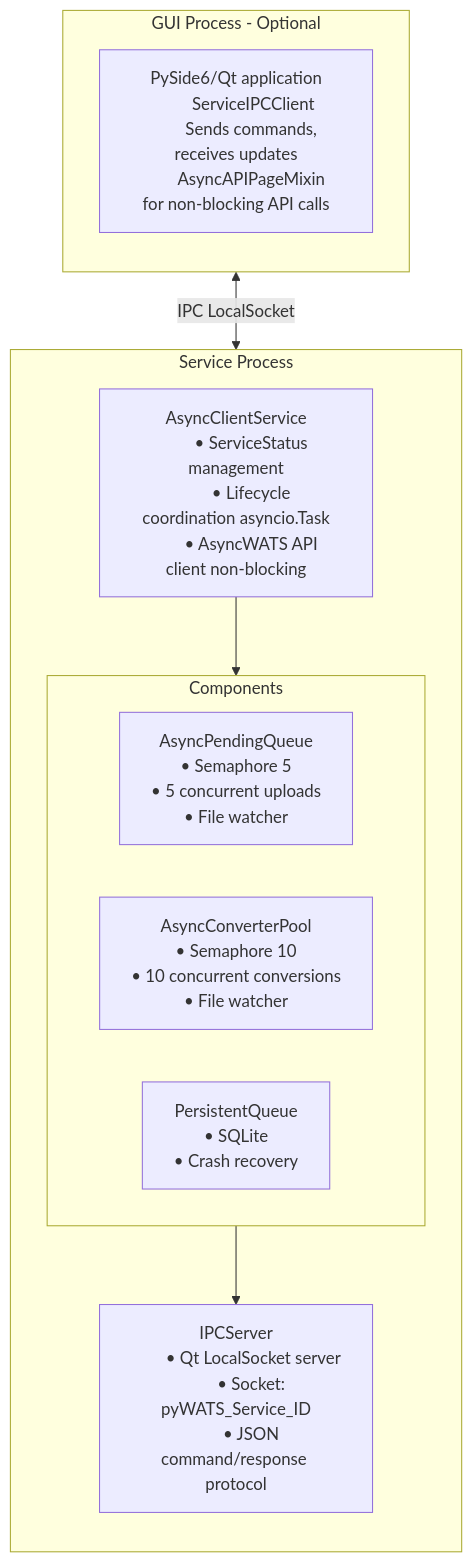
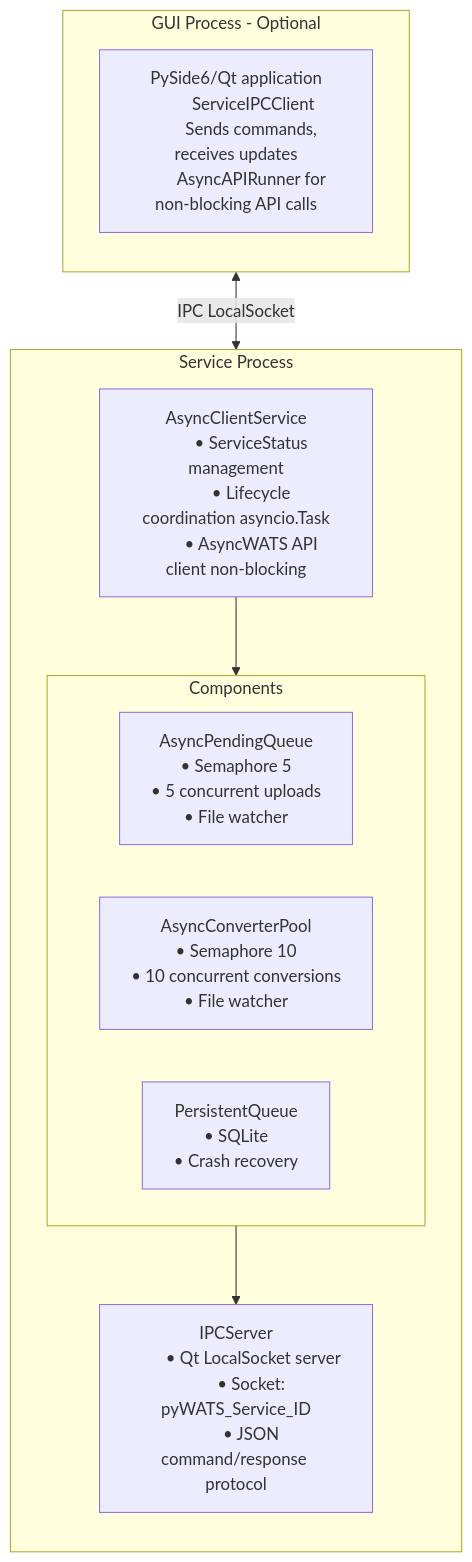
Before and after one commit to olreppe/pyWATS: the first of 7 diagrams in docs/guides/client-architecture.md, drawn with Mermaid. The commit also changed other lines of this file and 71 other files, not shown here.

````diff
--- a/docs/guides/client-architecture.md
+++ b/docs/guides/client-architecture.md
@@ -43,46 +43,46 @@
 ```mermaid
 flowchart TB
     subgraph GUI["GUI Process - Optional"]
         direction TB
         GUI1["PySide6/Qt application
         ServiceIPCClient
         Sends commands, receives updates
-        AsyncAPIPageMixin for non-blocking API calls"]
+        AsyncAPIRunner for non-blocking API calls"]
     end
     
     subgraph Service["Service Process"]
         direction TB
         
         AsyncClientService["AsyncClientService
         • ServiceStatus management
         • Lifecycle coordination asyncio.Task
         • AsyncWATS API client non-blocking"]
         
         subgraph Components["Components"]
             direction LR
             AsyncPendingQueue["AsyncPendingQueue
             • Semaphore 5
             • 5 concurrent uploads
             • File watcher"]
             
             AsyncConverterPool["AsyncConverterPool
             • Semaphore 10
             • 10 concurrent conversions
             • File watcher"]
             
             PersistentQueue["PersistentQueue
             • SQLite
             • Crash recovery"]
         end
         
         IPCServer["IPCServer
         • Qt LocalSocket server
         • Socket: pyWATS_Service_ID
         • JSON command/response protocol"]
         
         AsyncClientService --> Components
         Components --> IPCServer
     end
     
     GUI <-->|IPC LocalSocket| Service
 ```
````
